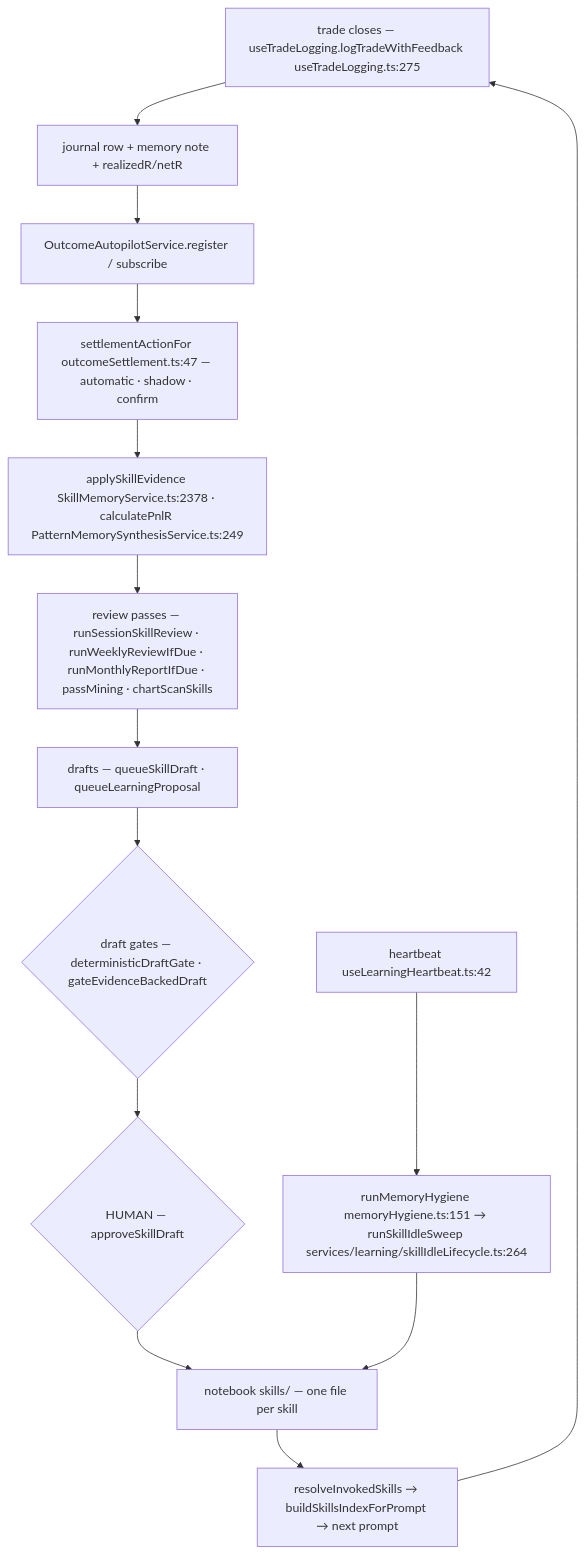
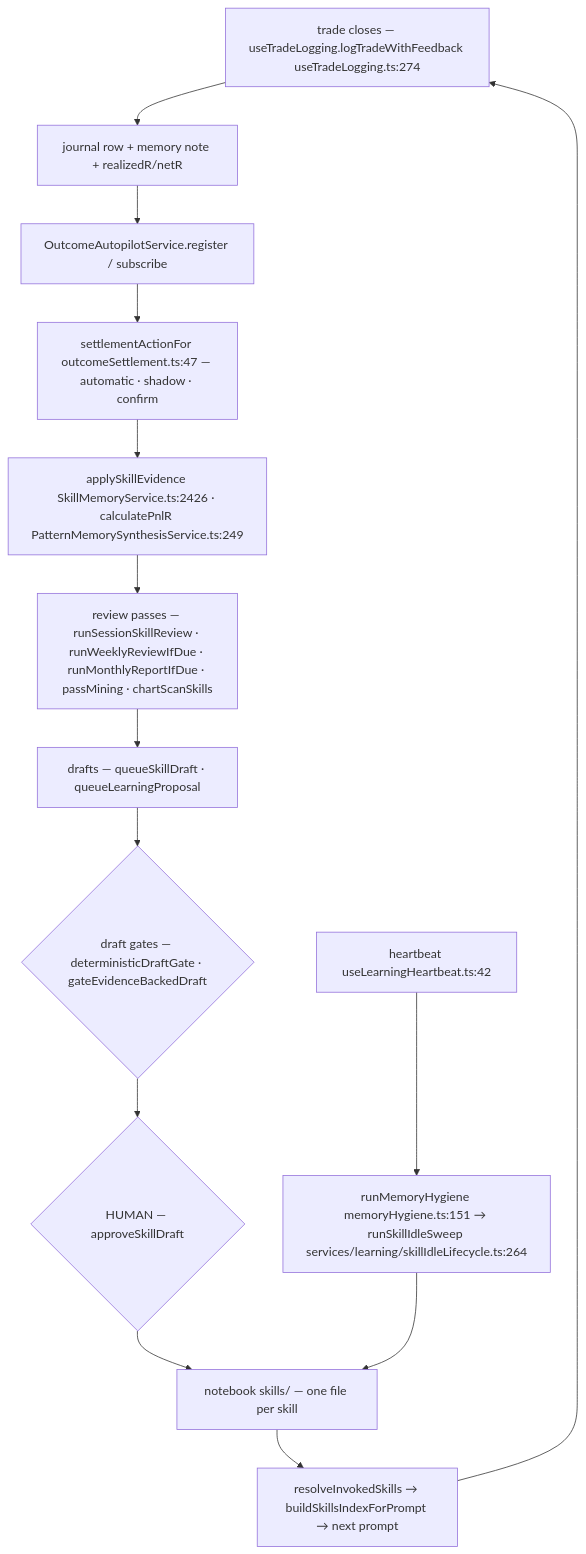
One commit to Acepay25/august-3.5 changed the eighth of 8 diagrams in docs/app-flow.md. Above: the diagram before and after it, drawn with Mermaid. The commit also changed other lines of this file and 2 other files, not shown here.

First line of the commit message:
docs(flow): the anchor gate is green again - 462 citations, none stale

````diff
--- a/docs/app-flow.md
+++ b/docs/app-flow.md
@@ -1010,16 +1010,16 @@
 ```mermaid
 flowchart TD
-    T["trade closes — useTradeLogging.logTradeWithFeedback useTradeLogging.ts:275"] --> J["journal row + memory note + realizedR/netR"]
+    T["trade closes — useTradeLogging.logTradeWithFeedback useTradeLogging.ts:274"] --> J["journal row + memory note + realizedR/netR"]
     J --> A["OutcomeAutopilotService.register / subscribe"]
     A --> S["settlementActionFor outcomeSettlement.ts:47 — automatic · shadow · confirm"]
-    S --> E["applySkillEvidence SkillMemoryService.ts:2378 · calculatePnlR PatternMemorySynthesisService.ts:249"]
+    S --> E["applySkillEvidence SkillMemoryService.ts:2426 · calculatePnlR PatternMemorySynthesisService.ts:249"]
     E --> R["review passes — runSessionSkillReview · runWeeklyReviewIfDue · runMonthlyReportIfDue · passMining · chartScanSkills"]
     R --> D["drafts — queueSkillDraft · queueLearningProposal"]
     D --> G{"draft gates — deterministicDraftGate · gateEvidenceBackedDraft"}
     G --> H{"HUMAN — approveSkillDraft"}
     H --> N["notebook skills/ — one file per skill"]
     N --> I["resolveInvokedSkills → buildSkillsIndexForPrompt → next prompt"]
     I --> T
     X["heartbeat useLearningHeartbeat.ts:42"] --> Y["runMemoryHygiene memoryHygiene.ts:151 → runSkillIdleSweep services/learning/skillIdleLifecycle.ts:264"]
     Y --> N
 ```
````
